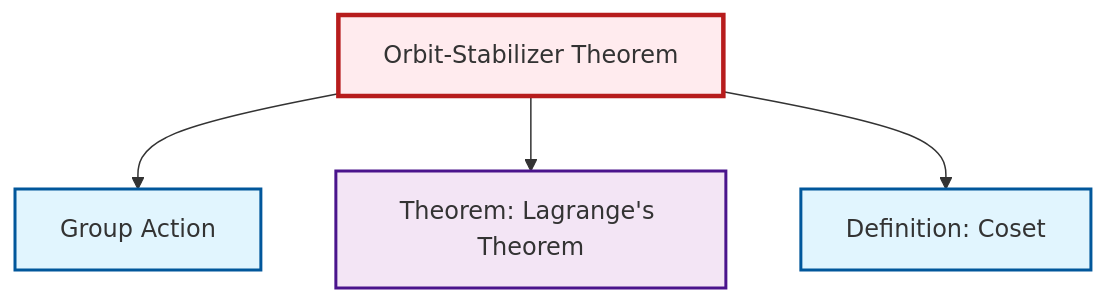
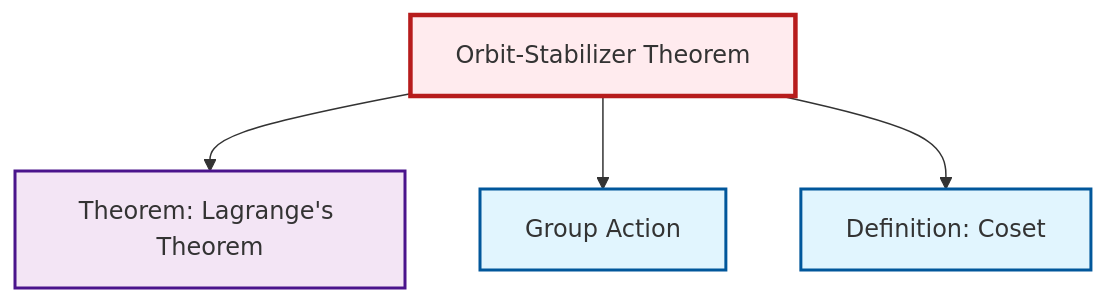
Before and after one commit to RK0429/ModernMath: the diagram in content/ja/algebra/thm-orbit-stabilizer.qmd, drawn with Mermaid. The commit also changed other lines of this file and 597 other files, not shown here.

````diff
--- a/content/ja/algebra/thm-orbit-stabilizer.qmd
+++ b/content/ja/algebra/thm-orbit-stabilizer.qmd
@@ -64,20 +64,20 @@
 ```{mermaid}
 %%| fig-cap: "Local dependency graph"
 graph TD
     classDef definition fill:#e1f5fe,stroke:#01579b,stroke-width:2px
     classDef theorem fill:#f3e5f5,stroke:#4a148c,stroke-width:2px
     classDef axiom fill:#fff3e0,stroke:#e65100,stroke-width:2px
     classDef example fill:#e8f5e9,stroke:#1b5e20,stroke-width:2px
     classDef current fill:#ffebee,stroke:#b71c1c,stroke-width:3px
-    thm-orbit-stabilizer["Orbit-Stabilizer Theorem"]:::theorem
     thm-lagrange["Theorem: Lagrange's Theorem"]:::theorem
     def-coset["Definition: Coset"]:::definition
     def-group-action["Group Action"]:::definition
+    thm-orbit-stabilizer["Orbit-Stabilizer Theorem"]:::theorem
+    thm-orbit-stabilizer --> thm-lagrange
     thm-orbit-stabilizer --> def-group-action
-    thm-orbit-stabilizer --> thm-lagrange
     thm-orbit-stabilizer --> def-coset
     class thm-orbit-stabilizer current
     click thm-lagrange "thm-lagrange.html" "Theorem: Lagrange's Theoremへ"
     click def-coset "def-coset.html" "Definition: Cosetへ"
     click def-group-action "def-group-action.html" "Group Actionへ"
 ```
````
